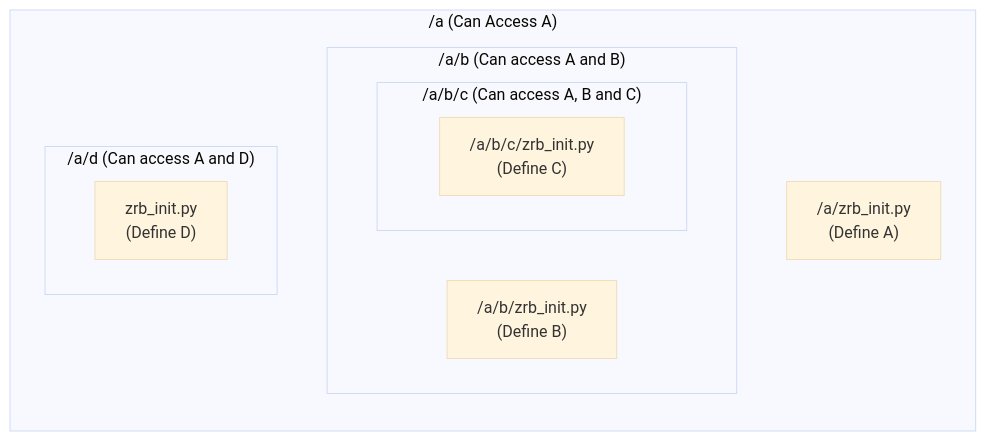
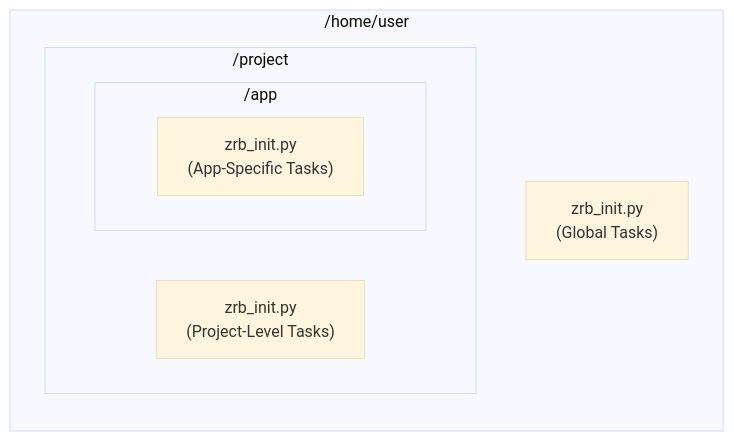
One commit to state-alchemists/zrb changed the diagram in docs/README.md. Above: the diagram before and after it, drawn with Mermaid (base theme). The commit also changed other lines of this file and 6 other files, not shown here.

````diff
--- a/docs/README.md
+++ b/docs/README.md
@@ -20,15 +21,12 @@
 ```mermaid
 flowchart LR
-subgraph homeDir ["/a (Can Access A)"]
-    homeDirZrbInit["/a/zrb_init.py<br/>(Define A)"]
-    subgraph projectDir ["/a/b (Can access A and B)"]
-        projectDirZrbInit["/a/b/zrb_init.py<br />(Define B)"]
-        subgraph subProjectDir ["/a/b/c (Can access A, B and C)"]
-            subProjectDirZrbInit["/a/b/c/zrb_init.py<br />(Define C)"]
+    subgraph /home/user ["/home/user"]
+        A["zrb_init.py<br/>(Global Tasks)"]
+        subgraph /project ["/project"]
+            B["zrb_init.py<br/>(Project-Level Tasks)"]
+            subgraph /app ["/app"]
+                C["zrb_init.py<br/>(App-Specific Tasks)"]
+            end
         end
     end
-    subgraph otherProjectDir ["/a/d (Can access A and D)"]
-        otherProjectDirZrbInit["zrb_init.py<br />(Define D)"]
-    end
-end
 ```
````
